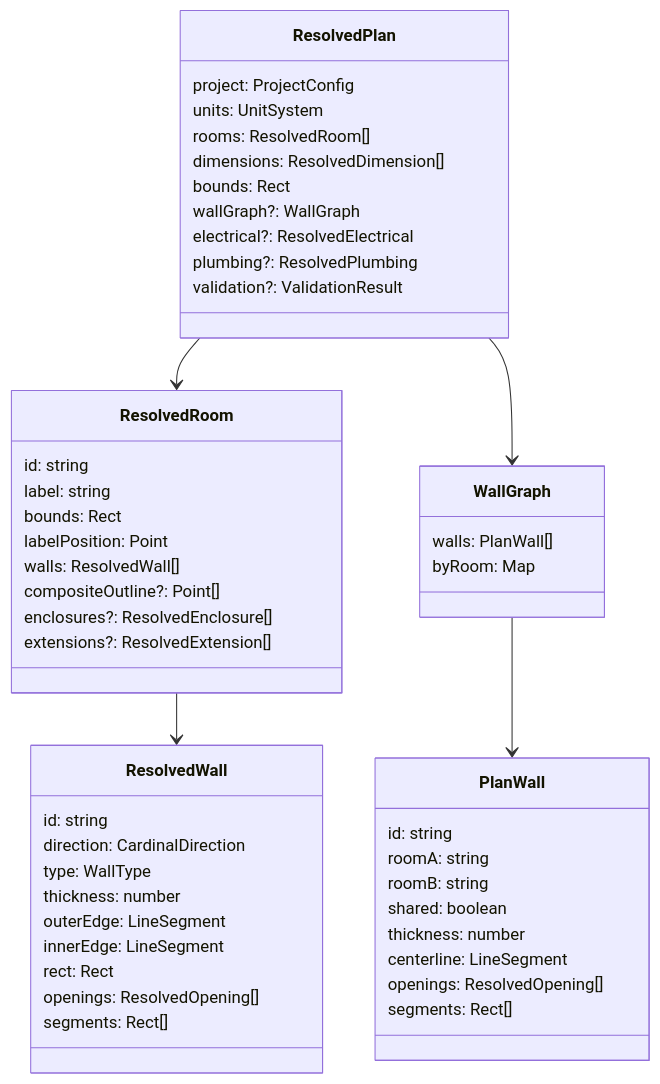
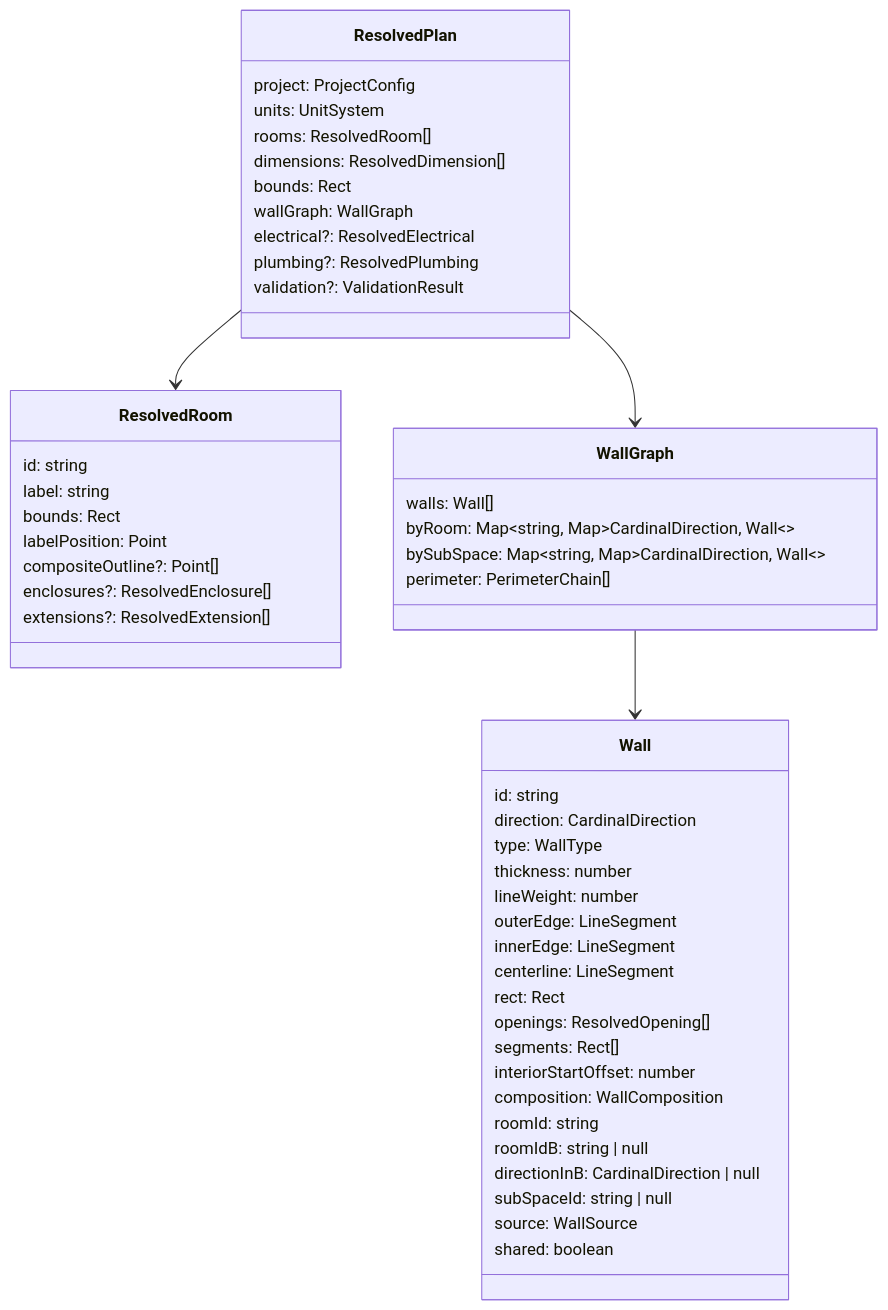
The fifth of 14 diagrams in ARCHITECTURE.md (YeomansIII/floorscript), drawn with Mermaid before and after one commit. The commit also changed other lines of this file and 30 other files, not shown here.

First line of the commit message:
feat: implement unified wall graph (003-unified-wall-graph)

````diff
--- a/ARCHITECTURE.md
+++ b/ARCHITECTURE.md
@@ -210,58 +210,57 @@
 ```mermaid
 classDiagram
     class ResolvedPlan {
         project: ProjectConfig
         units: UnitSystem
         rooms: ResolvedRoom[]
         dimensions: ResolvedDimension[]
         bounds: Rect
-        wallGraph?: WallGraph
+        wallGraph: WallGraph
         electrical?: ResolvedElectrical
         plumbing?: ResolvedPlumbing
         validation?: ValidationResult
     }
 
     class ResolvedRoom {
         id: string
         label: string
         bounds: Rect
         labelPosition: Point
-        walls: ResolvedWall[]
         compositeOutline?: Point[]
         enclosures?: ResolvedEnclosure[]
         extensions?: ResolvedExtension[]
     }
 
-    class ResolvedWall {
+    class Wall {
         id: string
         direction: CardinalDirection
         type: WallType
         thickness: number
+        lineWeight: number
         outerEdge: LineSegment
         innerEdge: LineSegment
+        centerline: LineSegment
         rect: Rect
         openings: ResolvedOpening[]
         segments: Rect[]
+        interiorStartOffset: number
+        composition: WallComposition
+        roomId: string
+        roomIdB: string | null
+        directionInB: CardinalDirection | null
+        subSpaceId: string | null
+        source: WallSource
+        shared: boolean
     }
 
     class WallGraph {
-        walls: PlanWall[]
-        byRoom: Map
-    }
-
-    class PlanWall {
-        id: string
-        roomA: string
-        roomB: string
-        shared: boolean
-        thickness: number
-        centerline: LineSegment
-        openings: ResolvedOpening[]
-        segments: Rect[]
+        walls: Wall[]
+        byRoom: Map~string, Map~CardinalDirection, Wall~~
+        bySubSpace: Map~string, Map~CardinalDirection, Wall~~
+        perimeter: PerimeterChain[]
     }
 
     ResolvedPlan --> ResolvedRoom
     ResolvedPlan --> WallGraph
-    ResolvedRoom --> ResolvedWall
-    WallGraph --> PlanWall
+    WallGraph --> Wall
 ```
````
